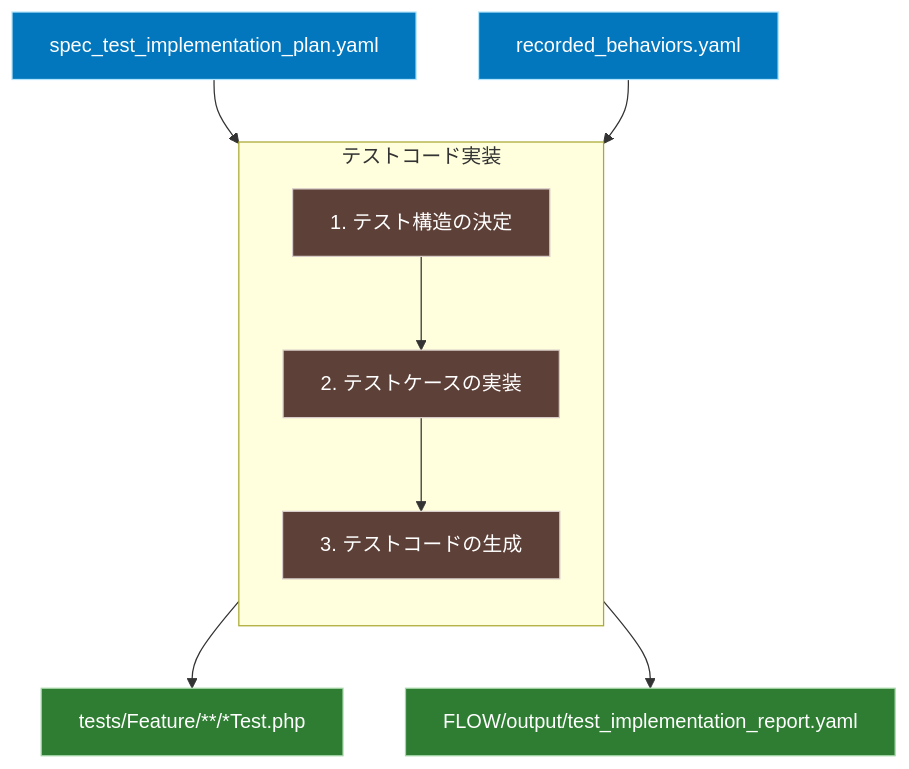
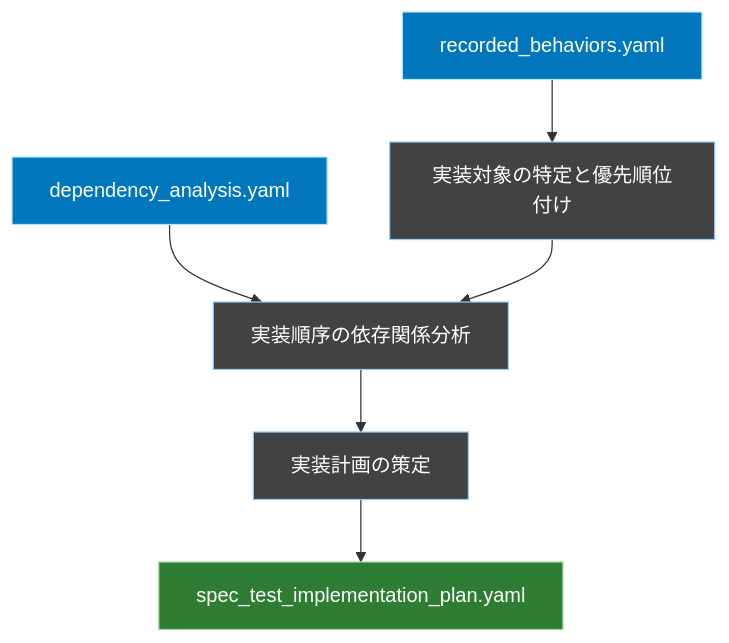
The first of 2 diagrams in FLOW/WORKFLOW_SPEC_TEST_IMPL.md (ryosuke911/WORKFLOW_SPEC_TEST), drawn with Mermaid before and after one commit. The commit also changed other lines of this file and 5 other files, not shown here.

````diff
--- a/FLOW/WORKFLOW_SPEC_TEST_IMPL.md
+++ b/FLOW/WORKFLOW_SPEC_TEST_IMPL.md
@@ -7,26 +7,26 @@
 ```mermaid
 graph TD
     %% スタイル定義
-    classDef file fill:#0277bd,stroke:#b3e5fc,color:#fff
+    classDef input fill:#0277bd,stroke:#b3e5fc,color:#fff
     classDef process fill:#424242,stroke:#90caf9,color:#fff
     classDef output fill:#2e7d32,stroke:#a5d6a7,color:#fff
-    classDef subProcess fill:#5d4037,stroke:#d7ccc8,color:#fff
 
-    IP[spec_test_implementation_plan.yaml]:::file
-    RB[recorded_behaviors.yaml]:::file
-    
-    subgraph Process[テストコード実装]
-        direction TB
-        S1[1. テスト構造の決定]:::subProcess
-        S2[2. テストケースの実装]:::subProcess
-        S3[3. テストコードの生成]:::subProcess
-        
-        S1 --> S2 --> S3
-    end
-    
-    IP --> Process
-    RB --> Process
-    
-    Process --> OUT1[tests/Feature/**/*Test.php]:::output
-    Process --> OUT2[FLOW/output/test_implementation_report.yaml]:::output
+    %% 入力ファイル
+    RB[recorded_behaviors.yaml]:::input
+    DA[dependency_analysis.yaml]:::input
+
+    %% プロセス
+    P1[実装対象の特定と優先順位付け]:::process
+    P2[実装順序の依存関係分析]:::process
+    P3[実装計画の策定]:::process
+
+    %% 出力
+    PLAN[spec_test_implementation_plan.yaml]:::output
+
+    %% フロー
+    RB --> P1
+    DA --> P2
+    P1 --> P2
+    P2 --> P3
+    P3 --> PLAN
 ```
````
